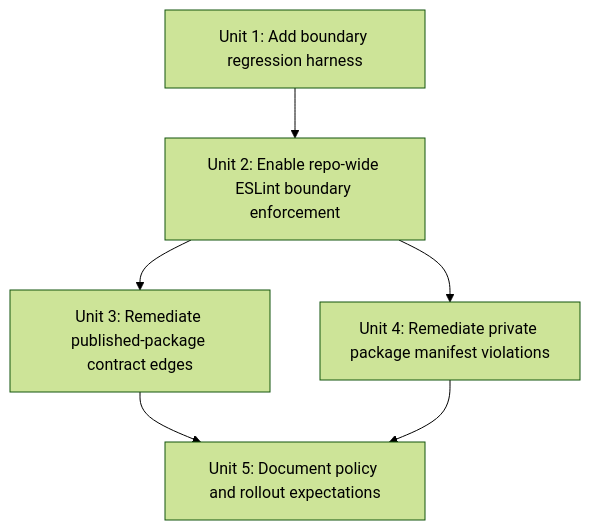
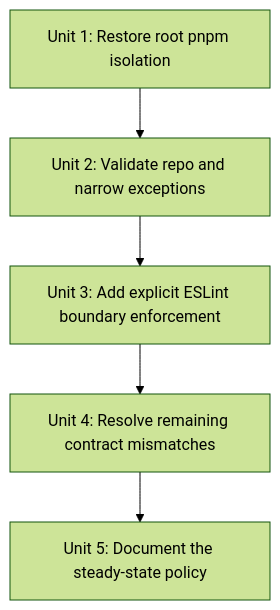
Before and after one commit to pwrdrvr/microapps-core: the second of 2 diagrams in docs/plans/2026-04-04-001-refactor-monorepo-import-boundaries-plan.md, drawn with Mermaid (forest theme). The commit also changed other lines of this file, not shown here.

Commit message:
docs: update import-boundary plan for pnpm isolation

````diff
--- a/docs/plans/2026-04-04-001-refactor-monorepo-import-boundaries-plan.md
+++ b/docs/plans/2026-04-04-001-refactor-monorepo-import-boundaries-plan.md
@@ -120,8 +131,7 @@
 ```mermaid
 flowchart TB
-    U1["Unit 1: Add boundary regression harness"] --> U2["Unit 2: Enable repo-wide ESLint boundary enforcement"]
-    U2 --> U3["Unit 3: Remediate published-package contract edges"]
-    U2 --> U4["Unit 4: Remediate private package manifest violations"]
-    U3 --> U5["Unit 5: Document policy and rollout expectations"]
-    U4 --> U5
+    U1["Unit 1: Restore root pnpm isolation"] --> U2["Unit 2: Validate repo and narrow exceptions"]
+    U2 --> U3["Unit 3: Add explicit ESLint boundary enforcement"]
+    U3 --> U4["Unit 4: Resolve remaining contract mismatches"]
+    U4 --> U5["Unit 5: Document the steady-state policy"]
 ```
````
